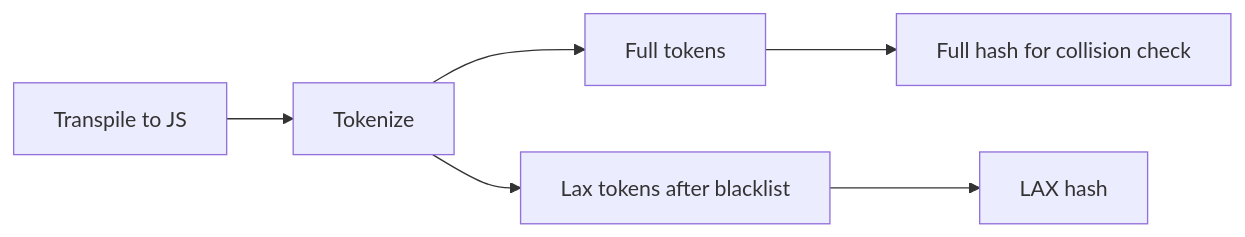
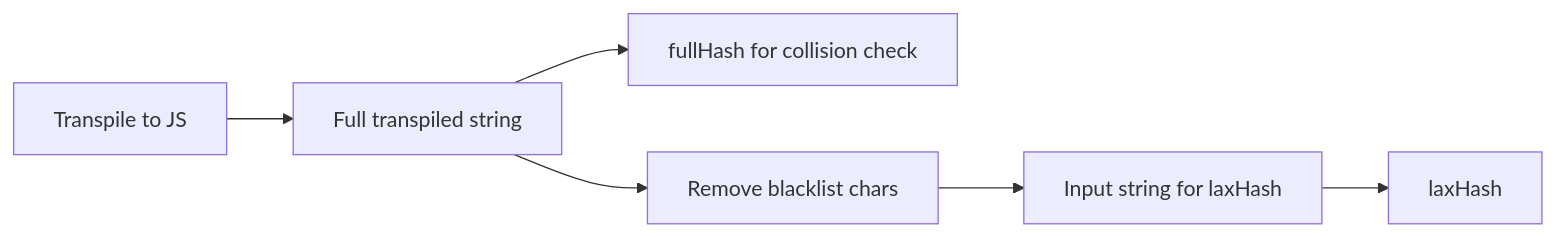
Before and after one commit to testronaut/testronaut: the first of 2 diagrams in specs/lax-approach.md, drawn with Mermaid. The commit also changed other lines of this file and 7 other files, not shown here.

````diff
--- a/specs/lax-approach.md
+++ b/specs/lax-approach.md
@@ -51,8 +53,8 @@
 ```mermaid
 flowchart LR
-  A[Transpile to JS] --> B[Tokenize]
-  B --> C[Full tokens]
-  B --> D[Lax tokens after blacklist]
-  C --> E[Full hash for collision check]
-  D --> F[LAX hash]
+  A[Transpile to JS] --> B[Full transpiled string]
+  B --> C[fullHash for collision check]
+  B --> D[Remove blacklist chars]
+  D --> E[Input string for laxHash]
+  E --> F[laxHash]
 ```
````
